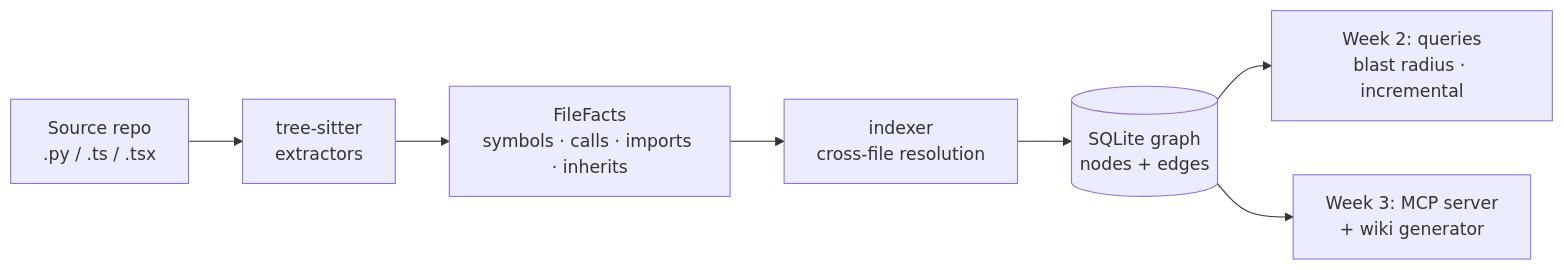
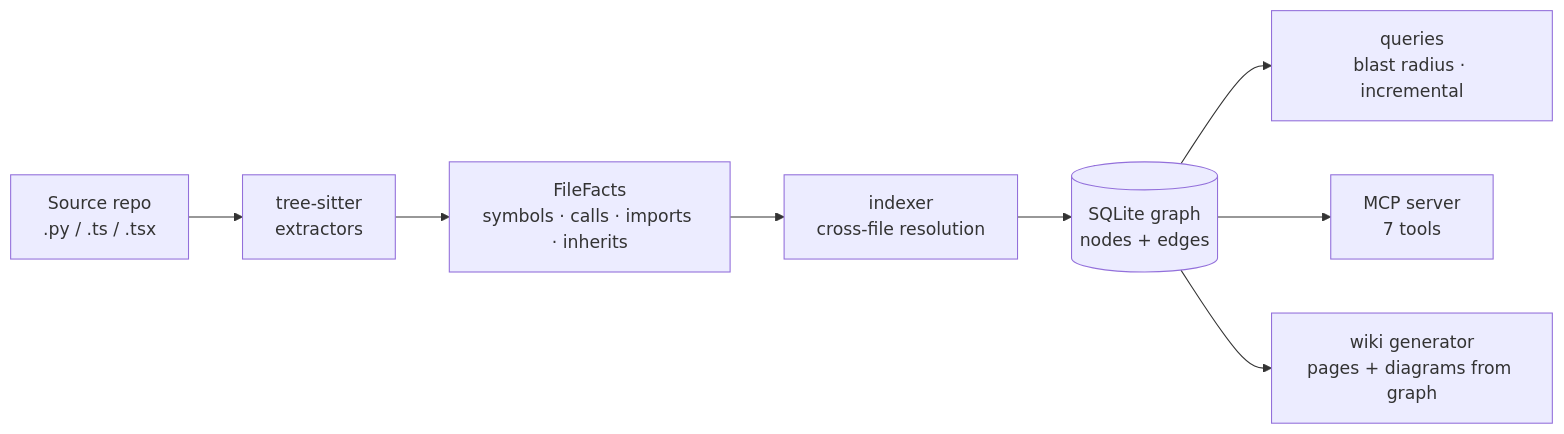
One commit to bolongpa/repopedia changed the diagram in README.md. Above: the diagram before and after it, drawn with Mermaid. The commit also changed other lines of this file and 12 other files, not shown here.

Commit message:
Week 3: MCP server (7 tools) + wiki generator from the graph

````diff
--- a/README.md
+++ b/README.md
@@ -17,9 +17,10 @@
 ```mermaid
 flowchart LR
     A[Source repo<br/>.py / .ts / .tsx] --> B[tree-sitter<br/>extractors]
     B --> C[FileFacts<br/>symbols · calls · imports · inherits]
     C --> D[indexer<br/>cross-file resolution]
     D --> E[(SQLite graph<br/>nodes + edges)]
-    E --> F[Week 2: queries<br/>blast radius · incremental]
-    E --> G[Week 3: MCP server<br/>+ wiki generator]
+    E --> F[queries<br/>blast radius · incremental]
+    E --> G[MCP server<br/>7 tools]
+    E --> H[wiki generator<br/>pages + diagrams from graph]
 ```
````
